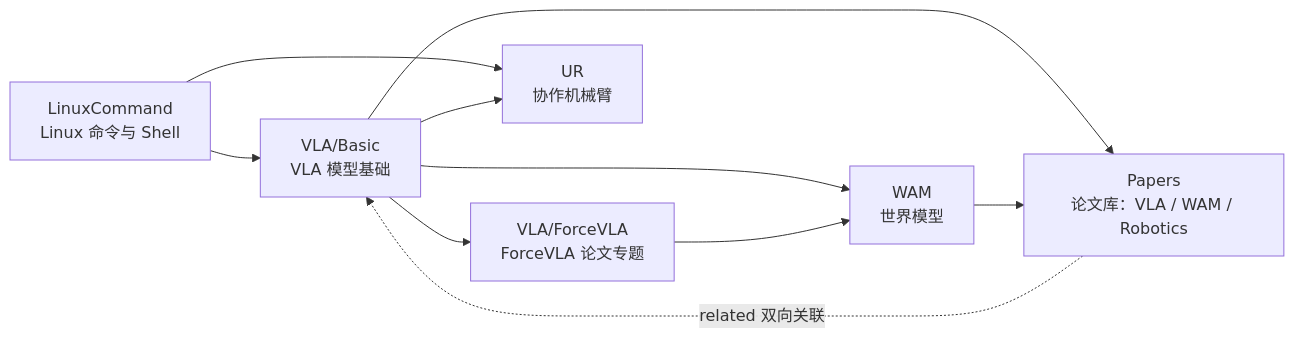
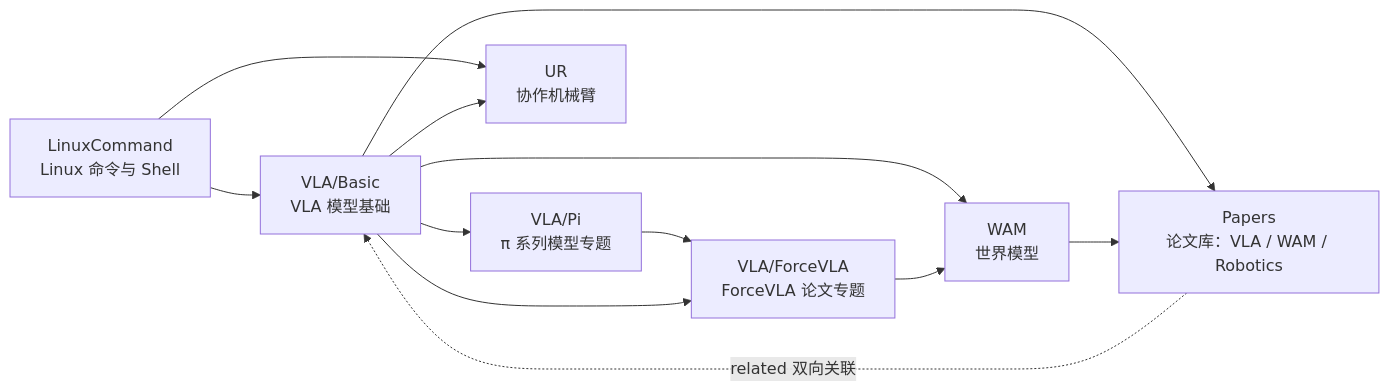
Before and after one commit to sl3597/learning: the diagram in README.md, drawn with Mermaid. The commit also changed other lines of this file and 12 other files, not shown here.

````diff
--- a/README.md
+++ b/README.md
@@ -25,12 +25,14 @@
 ```mermaid
 flowchart LR
   L[LinuxCommand<br/>Linux 命令与 Shell] --> V[VLA/Basic<br/>VLA 模型基础]
-  V --> F[VLA/ForceVLA<br/>ForceVLA 论文专题]
+  V --> PI[VLA/Pi<br/>π 系列模型专题]
+  PI --> F[VLA/ForceVLA<br/>ForceVLA 论文专题]
+  V --> F
   V --> W[WAM<br/>世界模型]
   F --> W
   L --> U[UR<br/>协作机械臂]
   V --> U
   V --> P[Papers<br/>论文库：VLA / WAM / Robotics]
   W --> P
   P -. related 双向关联 .-> V
 ```
````
